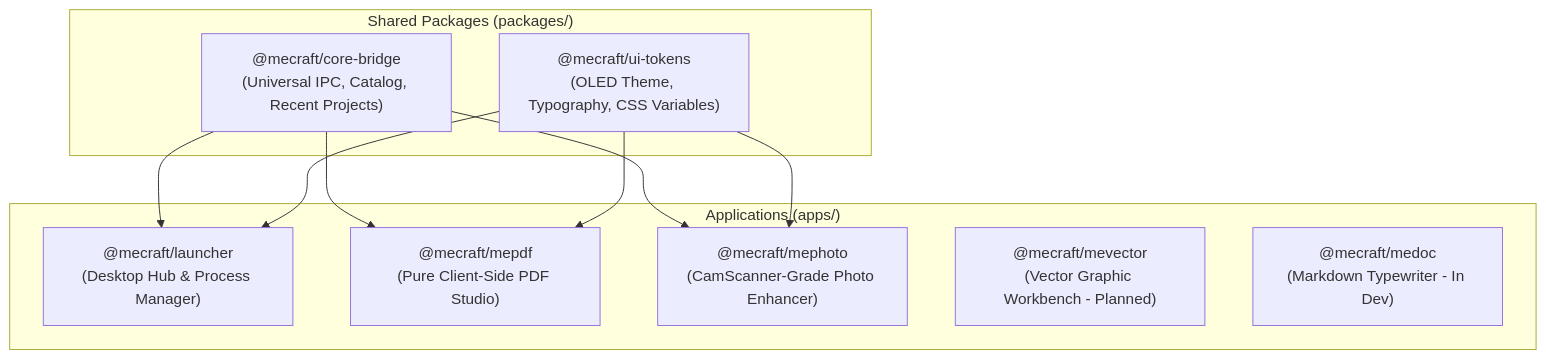
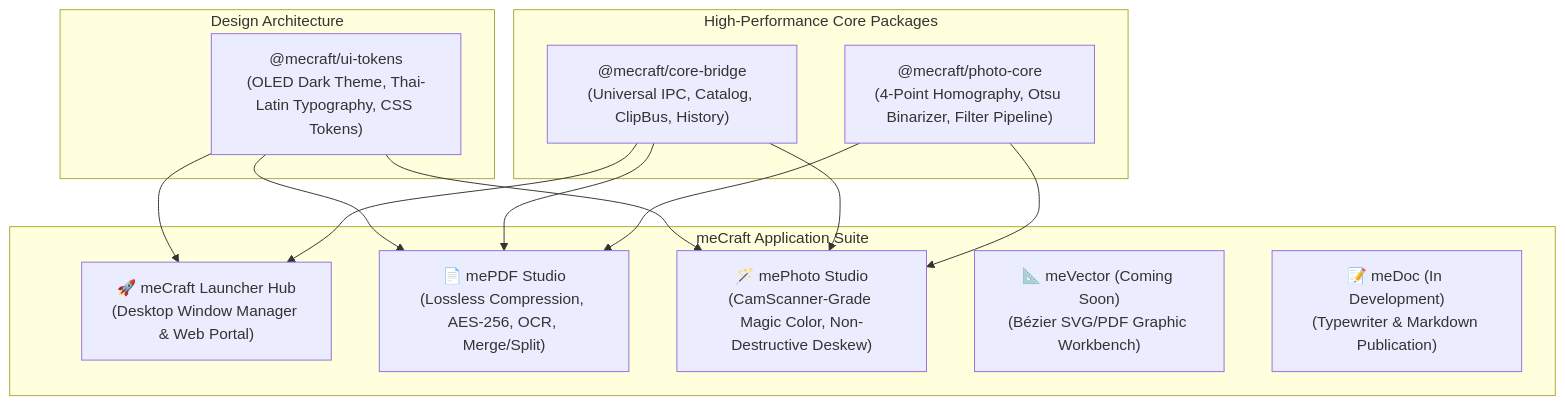
One commit to methastrategy/meCraft changed the diagram in README.md. Above: the diagram before and after it, drawn with Mermaid. The commit also changed other lines of this file and 6 other files, not shown here.

Commit message:
feat(deploy): configure unified multi-app web build for Vercel and polish official README

````diff
--- a/README.md
+++ b/README.md
@@ -18,22 +27,30 @@
 ```mermaid
 flowchart TD
-    subgraph Packages["Shared Packages (packages/)"]
-        Bridge["@mecraft/core-bridge\n(Universal IPC, Catalog, Recent Projects)"]
-        Tokens["@mecraft/ui-tokens\n(OLED Theme, Typography, CSS Variables)"]
+    subgraph UI_Tokens["Design Architecture"]
+        Tokens["@mecraft/ui-tokens\n(OLED Dark Theme, Thai-Latin Typography, CSS Tokens)"]
     end
 
-    subgraph Apps["Applications (apps/)"]
-        Launcher["@mecraft/launcher\n(Desktop Hub & Process Manager)"]
-        PDF["@mecraft/mepdf\n(Pure Client-Side PDF Studio)"]
-        Photo["@mecraft/mephoto\n(CamScanner-Grade Photo Enhancer)"]
-        Vector["@mecraft/mevector\n(Vector Graphic Workbench - Planned)"]
-        Doc["@mecraft/medoc\n(Markdown Typewriter - In Dev)"]
+    subgraph Core_Engines["High-Performance Core Packages"]
+        Bridge["@mecraft/core-bridge\n(Universal IPC, Catalog, ClipBus, History)"]
+        PhotoCore["@mecraft/photo-core\n(4-Point Homography, Otsu Binarizer, Filter Pipeline)"]
     end
+
+    subgraph App_Suite["meCraft Application Suite"]
+        Launcher["🚀 meCraft Launcher Hub\n(Desktop Window Manager & Web Portal)"]
+        PDF["📄 mePDF Studio\n(Lossless Compression, AES-256, OCR, Merge/Split)"]
+        Photo["🪄 mePhoto Studio\n(CamScanner-Grade Magic Color, Non-Destructive Deskew)"]
+        Vector["📐 meVector (Coming Soon)\n(Bézier SVG/PDF Graphic Workbench)"]
+        Doc["📝 meDoc (In Development)\n(Typewriter & Markdown Publication)"]
+    end
+
+    Tokens --> Launcher
+    Tokens --> PDF
+    Tokens --> Photo
 
     Bridge --> Launcher
     Bridge --> PDF
     Bridge --> Photo
-    Tokens --> Launcher
-    Tokens --> PDF
-    Tokens --> Photo
+
+    PhotoCore --> Photo
+    PhotoCore --> PDF
 ```
````
